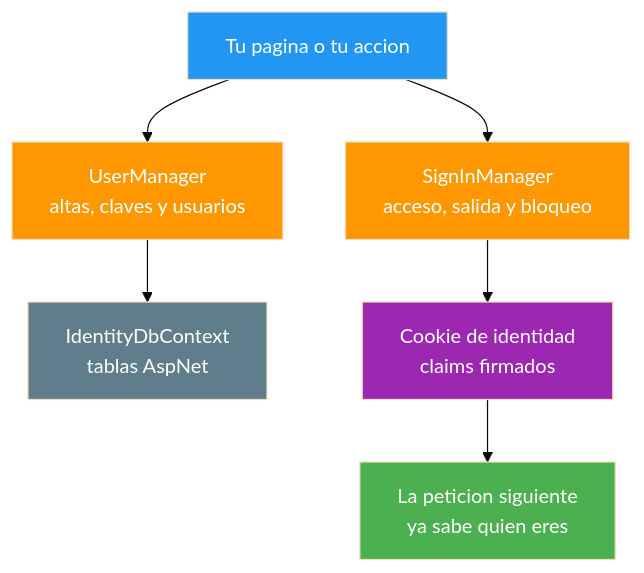
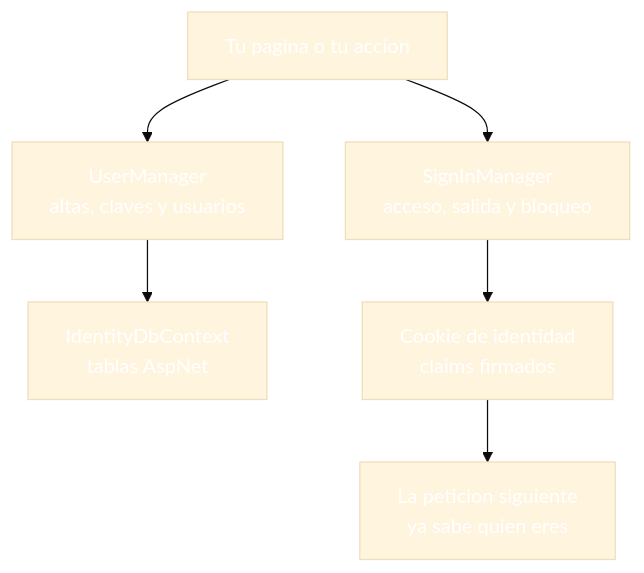
Before and after one commit to joseluisgs/DesarrolloWebEntornosServidor-03-2026-2027: the fifth of 8 diagrams in 19-autenticacion-identity.md, drawn with Mermaid (base theme). The commit also changed other lines of this file and 30 other files, not shown here.

````diff
--- a/19-autenticacion-identity.md
+++ b/19-autenticacion-identity.md
@@ -205,14 +205,14 @@
 ```mermaid
 graph TD
     P["Tu pagina o tu accion"] --> UM["UserManager<br/>altas, claves y usuarios"]
     P --> SM["SignInManager<br/>acceso, salida y bloqueo"]
     UM --> EF["IdentityDbContext<br/>tablas AspNet"]
     SM --> CK["Cookie de identidad<br/>claims firmados"]
     CK --> P2["La peticion siguiente<br/>ya sabe quien eres"]
-    style P fill:#2196F3,color:#fff
-    style P2 fill:#4CAF50,color:#fff
-    style UM fill:#FF9800,color:#fff
-    style SM fill:#FF9800,color:#fff
-    style EF fill:#607D8B,color:#fff
-    style CK fill:#9C27B0,color:#fff
+    style P fill:#2196F,color:#fff3,color:#fff
+    style P2 fill:#4CAF5,color:#fff0,color:#fff
+    style UM fill:#FF980,color:#fff0,color:#fff
+    style SM fill:#FF980,color:#fff0,color:#fff
+    style EF fill:#607D8,color:#fffB,color:#fff
+    style CK fill:#9C27B,color:#fff0,color:#fff
 ```
````
